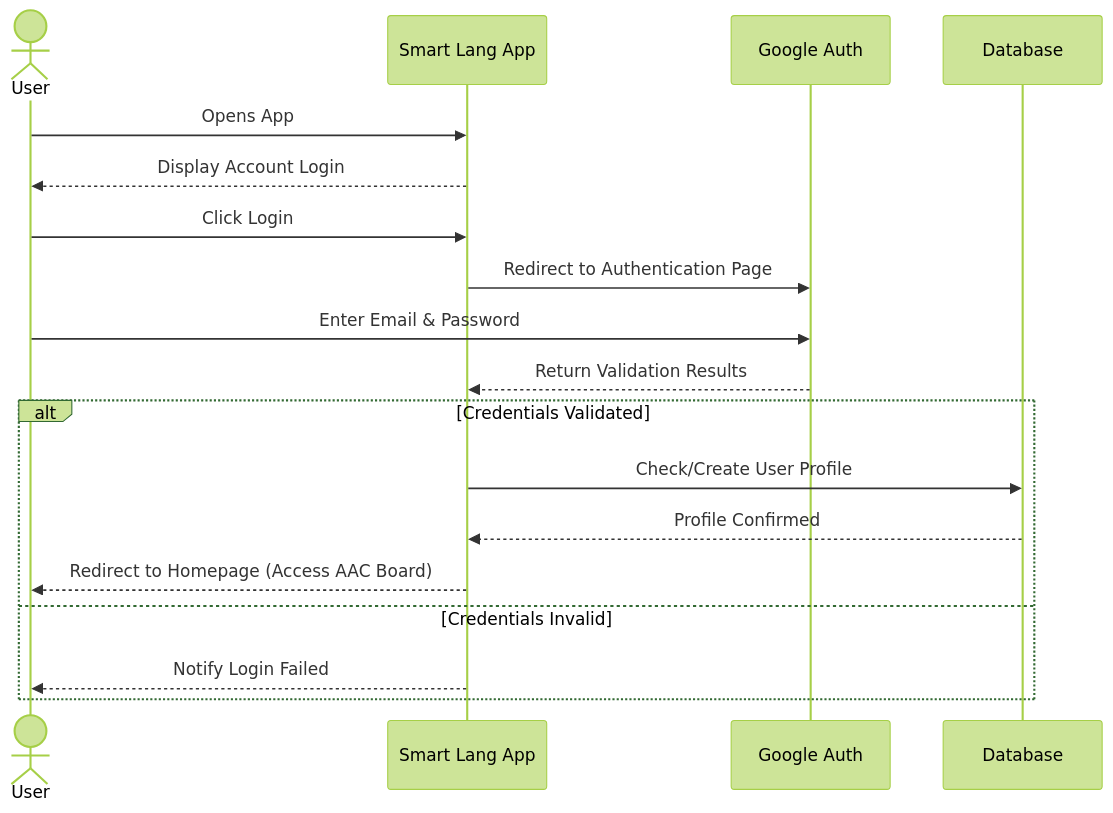
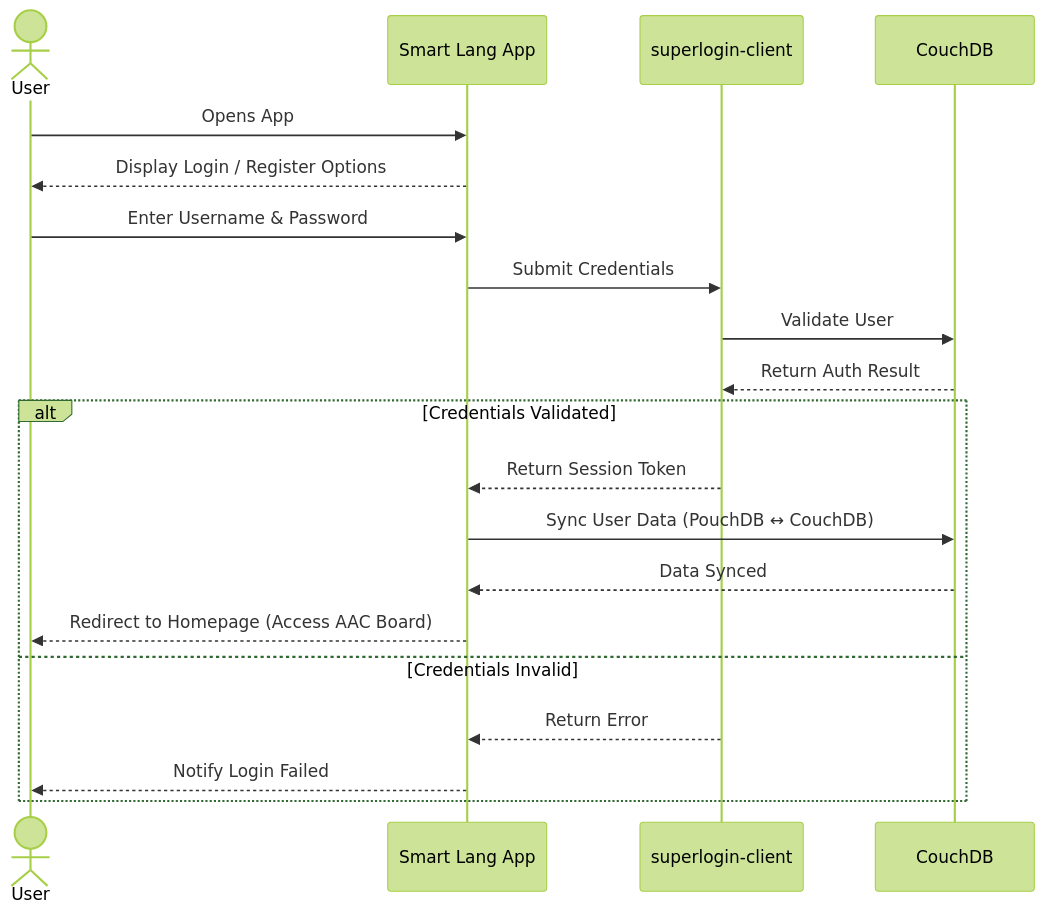
Before and after one commit to Capstone-Projects-2026-spring/project-smart-lang: the first of 8 diagrams in documentation/docs/system-architecture/Sequence Diagrams.md, drawn with Mermaid (forest theme). The commit also changed other lines of this file and 37 other files, not shown here.

````diff
--- a/documentation/docs/system-architecture/Sequence Diagrams.md
+++ b/documentation/docs/system-architecture/Sequence Diagrams.md
@@ -3,22 +3,24 @@
 ```mermaid
 sequenceDiagram
     actor User
     participant App as Smart Lang App
-    participant Google as Google Auth
-    participant DB as Database
+    participant Auth as superlogin-client
+    participant DB as CouchDB
 
     User->>App: Opens App
-    App-->>User: Display Account Login
-    User->>App: Click Login
-    App->>Google: Redirect to Authentication Page
-    User->>Google: Enter Email & Password
-    Google-->>App: Return Validation Results
-    
+    App-->>User: Display Login / Register Options
+    User->>App: Enter Username & Password
+    App->>Auth: Submit Credentials
+    Auth->>DB: Validate User
+    DB-->>Auth: Return Auth Result
+
     alt Credentials Validated
-        App->>DB: Check/Create User Profile
-        DB-->>App: Profile Confirmed
+        Auth-->>App: Return Session Token
+        App->>DB: Sync User Data (PouchDB ↔ CouchDB)
+        DB-->>App: Data Synced
         App-->>User: Redirect to Homepage (Access AAC Board)
     else Credentials Invalid
+        Auth-->>App: Return Error
         App-->>User: Notify Login Failed
     end
 ```
````
